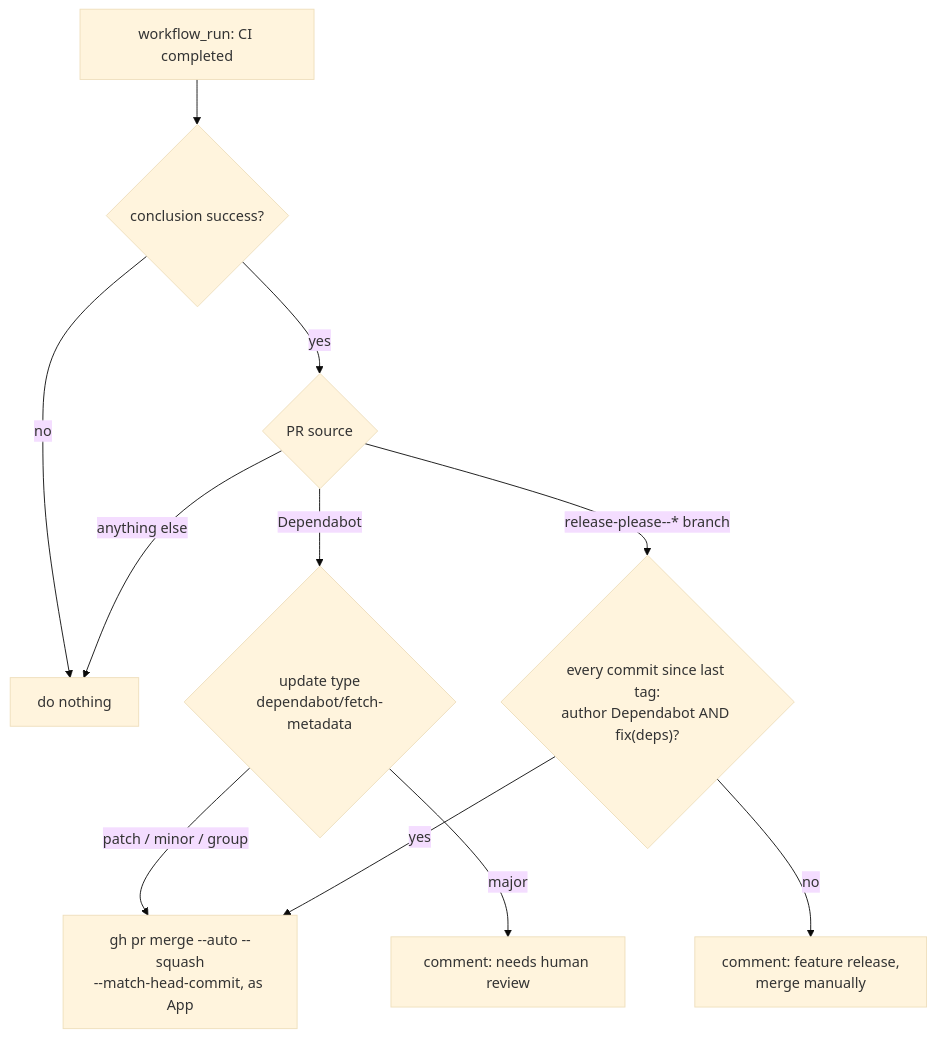
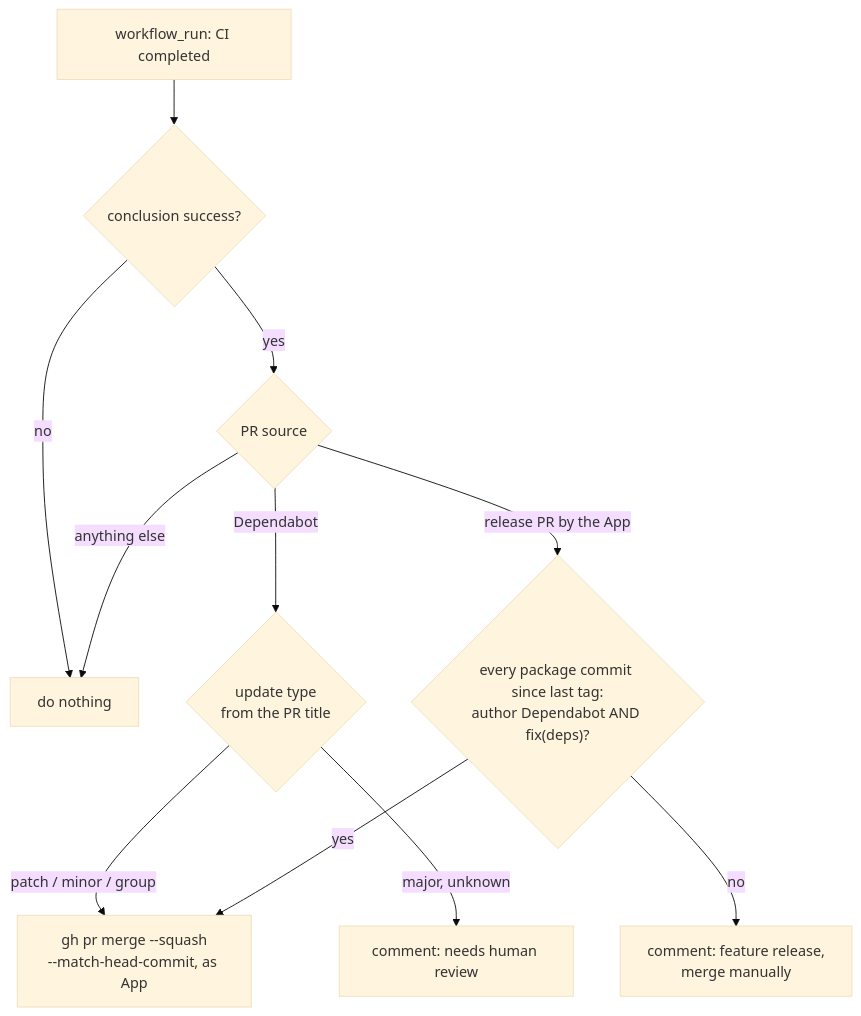
The fourth of 5 diagrams in docs/development.md (SoulcodeAgency/bexio-oauth), drawn with Mermaid (base theme) before and after one commit. The commit also changed other lines of this file and 59 other files, not shown here.

````diff
--- a/docs/development.md
+++ b/docs/development.md
@@ -149,13 +151,13 @@
 ```mermaid
 flowchart TD
     W["workflow_run: CI completed"] --> S{"conclusion success?"}
     S -->|no| Stop["do nothing"]
     S -->|yes| Who{"PR source"}
-    Who -->|Dependabot| U{"update type<br/>dependabot/fetch-metadata"}
-    U -->|"patch / minor / group"| AM["gh pr merge --auto --squash<br/>--match-head-commit, as App"]
-    U -->|major| Cm1["comment: needs human review"]
-    Who -->|"release-please--* branch"| RC{"every commit since last tag:<br/>author Dependabot AND fix(deps)?"}
+    Who -->|Dependabot| U{"update type<br/>from the PR title"}
+    U -->|"patch / minor / group"| AM["gh pr merge --squash<br/>--match-head-commit, as App"]
+    U -->|"major, unknown"| Cm1["comment: needs human review"]
+    Who -->|"release PR by the App"| RC{"every package commit since last tag:<br/>author Dependabot AND fix(deps)?"}
     RC -->|yes| AM
     RC -->|no| Cm2["comment: feature release,<br/>merge manually"]
     Who -->|anything else| Stop
 ```
````
